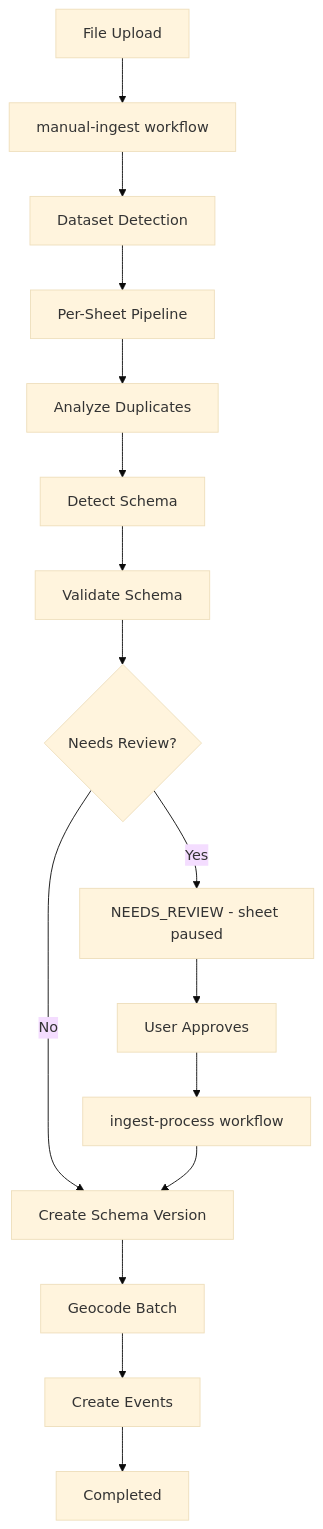
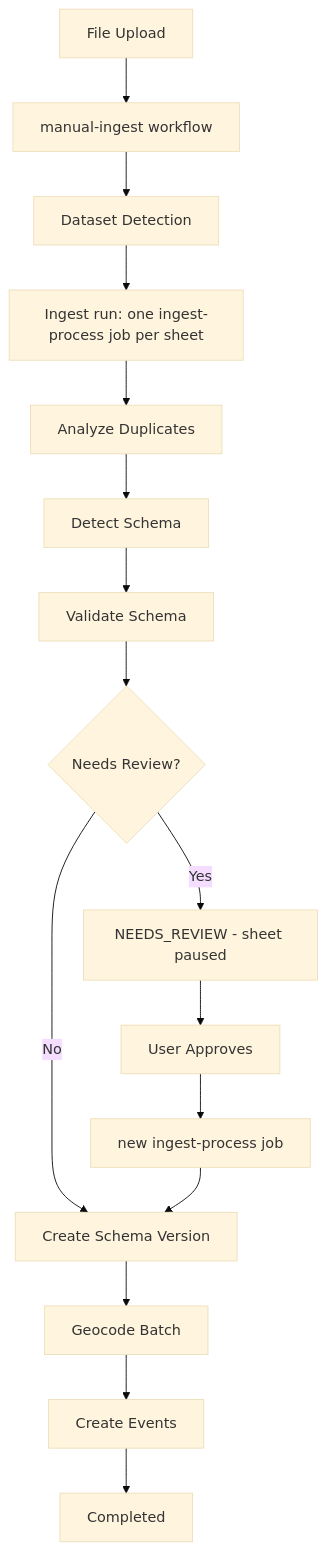
One commit to jfilter/timetiles changed the diagram in apps/docs/content/development/architecture/data-processing-pipeline/index.mdx. Above: the diagram before and after it, drawn with Mermaid (base theme). The commit also changed other lines of this file and 107 other files, not shown here.

First line of the commit message:
feat(ingest): per-sheet jobs, quota ledger and crash recovery

````diff
--- a/apps/docs/content/development/architecture/data-processing-pipeline/index.mdx
+++ b/apps/docs/content/development/architecture/data-processing-pipeline/index.mdx
@@ -22,18 +22,18 @@
 ```mermaid
 graph TD
     A[File Upload] --> B[manual-ingest workflow]
     B --> C[Dataset Detection]
-    C --> D[Per-Sheet Pipeline]
+    C --> D[Ingest run: one ingest-process job per sheet]
     D --> E[Analyze Duplicates]
     E --> F[Detect Schema]
     F --> G[Validate Schema]
     G --> H{Needs Review?}
     H -->|Yes| I[NEEDS_REVIEW - sheet paused]
     H -->|No| J[Create Schema Version]
     I --> K[User Approves]
-    K --> L[ingest-process workflow]
+    K --> L[new ingest-process job]
     L --> J
     J --> M[Geocode Batch]
     M --> N[Create Events]
     N --> O[Completed]
 ```
````
